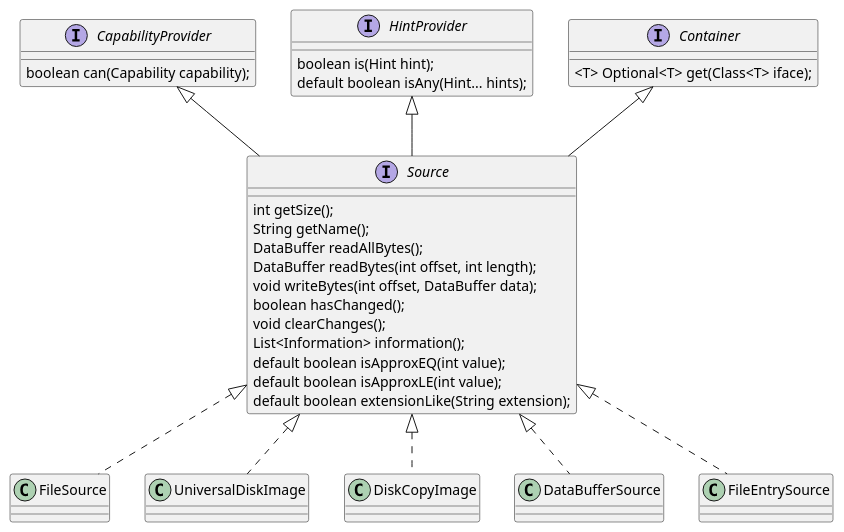
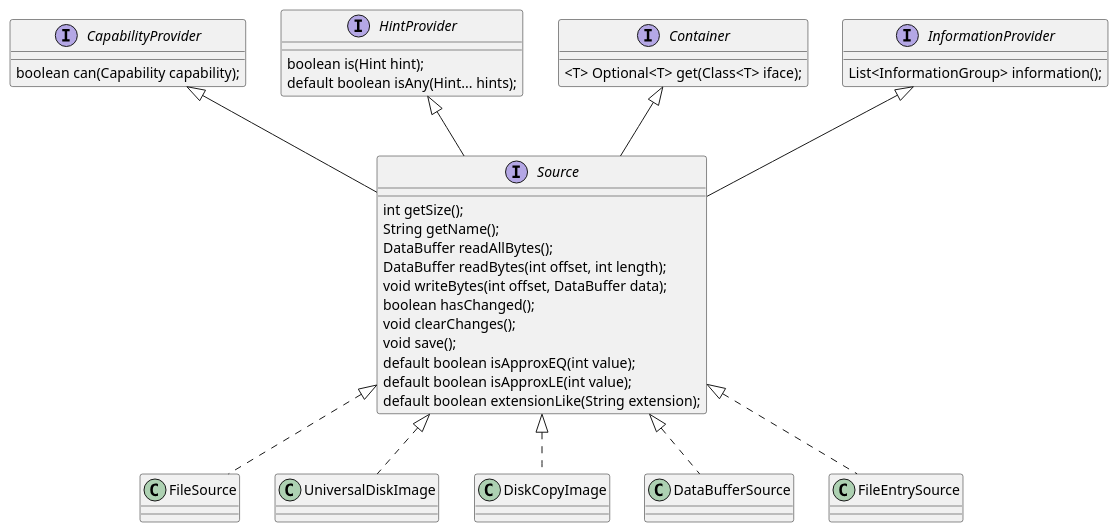
The first of 3 diagrams in docs/dev-notes/redesign.md (AppleCommander/applecommander.github.io), drawn with PlantUML before and after one commit. The commit also changed other lines of this file, not shown here.

````diff
--- a/docs/dev-notes/redesign.md
+++ b/docs/dev-notes/redesign.md
@@ -40,37 +64,40 @@
 ```puml
 @startuml
 interface CapabilityProvider {
     boolean can(Capability capability);
 }
 interface HintProvider {
     boolean is(Hint hint);
     default boolean isAny(Hint... hints);
 }
 interface Container {
     <T> Optional<T> get(Class<T> iface);
 }
-interface Source extends CapabilityProvider, HintProvider, Container {
+interface InformationProvider {
+    List<InformationGroup> information();
+}
+interface Source extends CapabilityProvider, HintProvider, Container, InformationProvider {
     int getSize();
     String getName();
     DataBuffer readAllBytes();
     DataBuffer readBytes(int offset, int length);
     void writeBytes(int offset, DataBuffer data);
     boolean hasChanged();
     void clearChanges();
-    List<Information> information();
+    void save();
     default boolean isApproxEQ(int value);
     default boolean isApproxLE(int value);
     default boolean extensionLike(String extension);
 }
 class FileSource implements Source {
 }
 class UniversalDiskImage implements Source {
 }
 class DiskCopyImage implements Source {
 }
 class DataBufferSource implements Source {
 }
 class FileEntrySource implements Source {
 }
 @enduml
 ```
````
